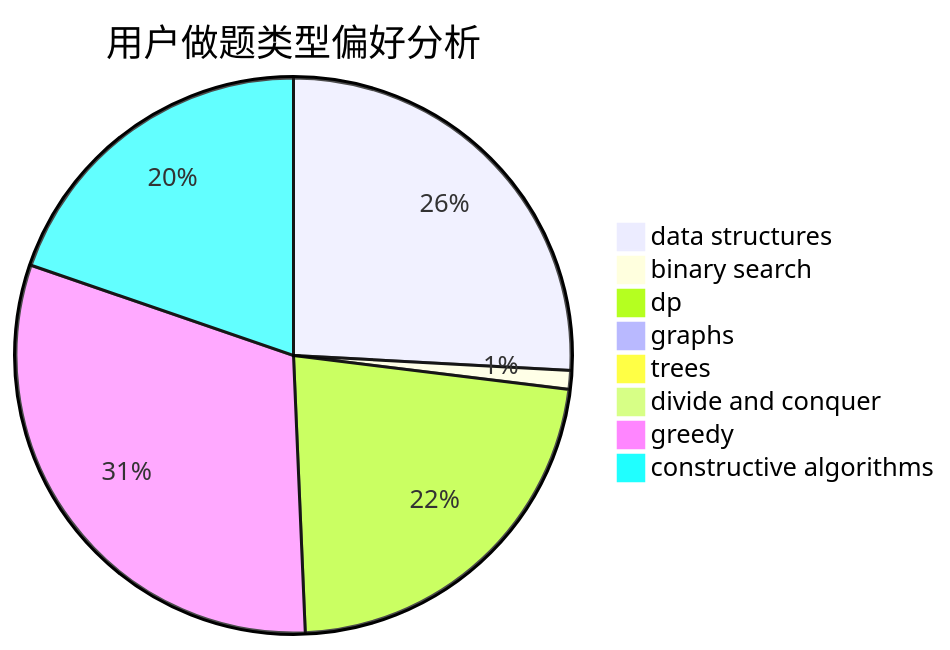
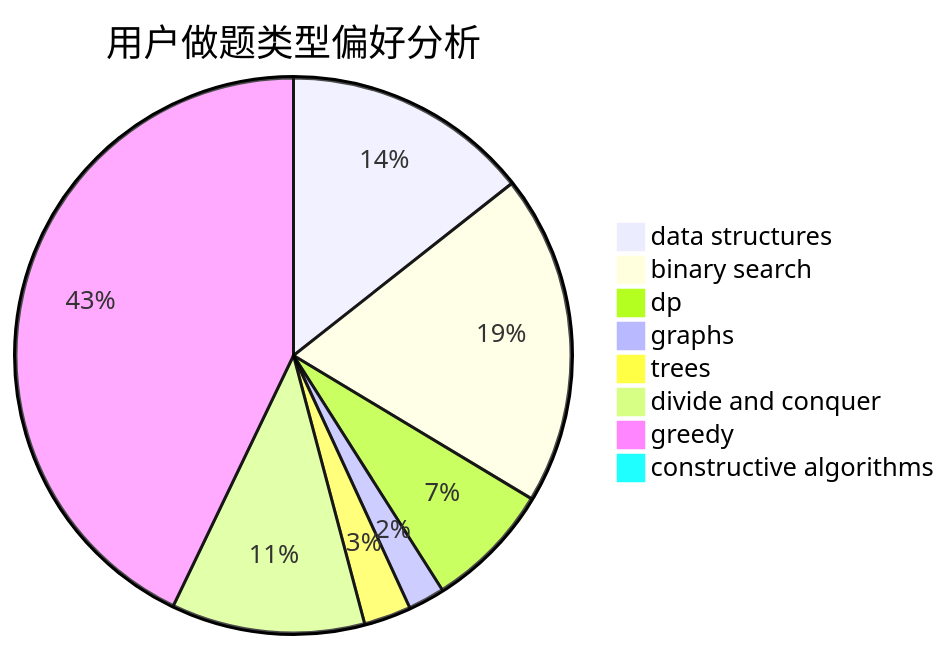
Before and after one commit to sherpahu/cfrs.github.io: the second of 3 diagrams in docs/user/u2734.md, drawn with Mermaid. The commit also changed other lines of this file and 2770 other files, not shown here.

````diff
--- a/docs/user/u2734.md
+++ b/docs/user/u2734.md
@@ -23,11 +23,11 @@
 ```mermaid
 pie title 用户做题类型偏好分析
-    "data structures" :  401
-    "binary search" :  17
-    "dp" :  347
-    "graphs" :  9
-    "trees" :  3
-    "divide and conquer" :  0
-    "greedy" :  480
-    "constructive algorithms" :  306
+    "data structures" :  115
+    "binary search" :  154
+    "dp" :  59
+    "graphs" :  17
+    "trees" :  22
+    "divide and conquer" :  90
+    "greedy" :  343
+    "constructive algorithms" :  4
 ```
````
